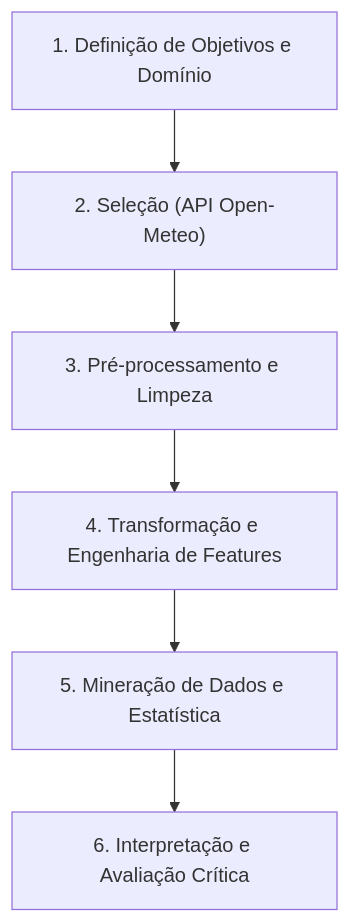
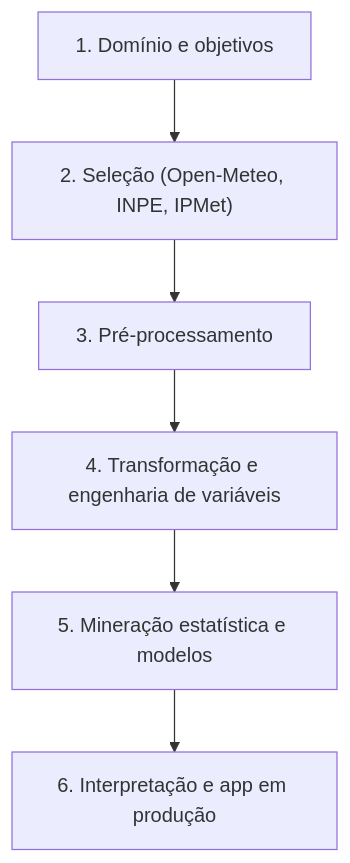
The diagram in reports/relatorio_final_kdd.md (douglasagalbiatti/bauru-weather-kdd), drawn with Mermaid before and after one commit. The commit also changed other lines of this file and 24 other files, not shown here.

````diff
--- a/reports/relatorio_final_kdd.md
+++ b/reports/relatorio_final_kdd.md
@@ -32,8 +25,8 @@
 ```mermaid
 graph TD
-    A["1. Definição de Objetivos e Domínio"] --> B["2. Seleção (API Open-Meteo)"]
-    B --> C["3. Pré-processamento e Limpeza"]
-    C --> D["4. Transformação e Engenharia de Features"]
-    D --> E["5. Mineração de Dados e Estatística"]
-    E --> F["6. Interpretação e Avaliação Crítica"]
+    A["1. Domínio e objetivos"] --> B["2. Seleção (Open-Meteo, INPE, IPMet)"]
+    B --> C["3. Pré-processamento"]
+    C --> D["4. Transformação e engenharia de variáveis"]
+    D --> E["5. Mineração estatística e modelos"]
+    E --> F["6. Interpretação e app em produção"]
 ```
````
